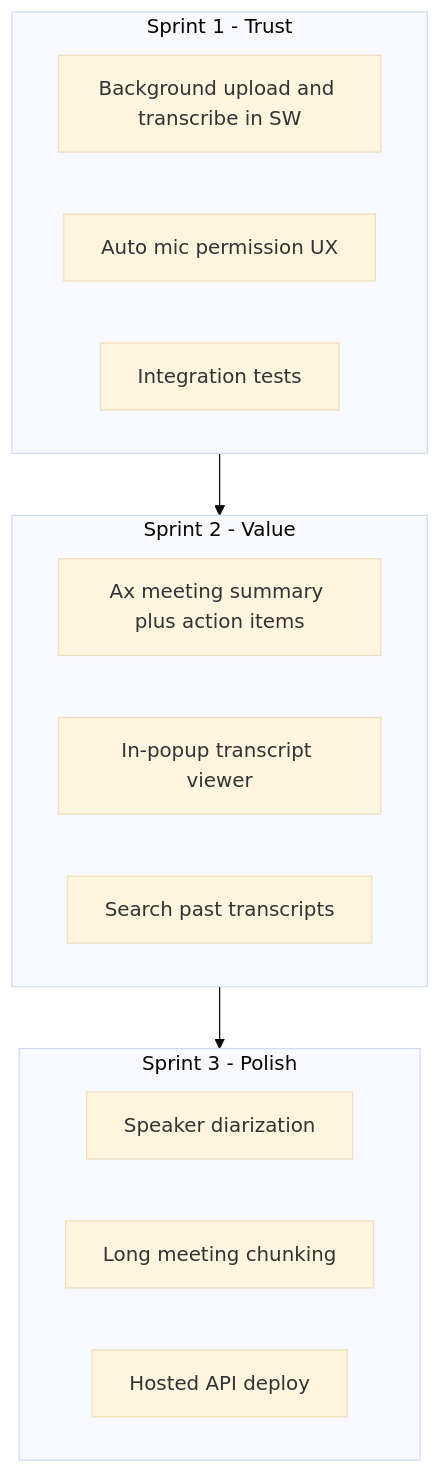
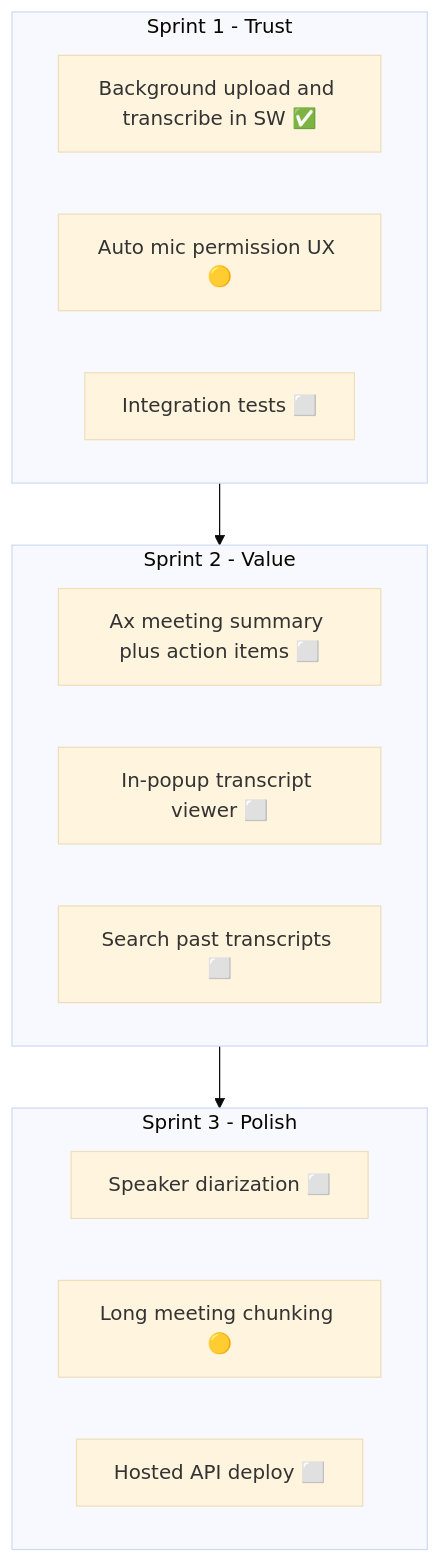
The diagram in ROADMAP.md (cogniumhq/cognium-meet), drawn with Mermaid (base theme) before and after one commit. The commit also changed other lines of this file and 4 other files, not shown here.

````diff
--- a/ROADMAP.md
+++ b/ROADMAP.md
@@ -48,19 +68,19 @@
 ```mermaid
 flowchart TD
   subgraph sprint1 [Sprint 1 - Trust]
-    A[Background upload and transcribe in SW]
-    B[Auto mic permission UX]
-    C[Integration tests]
+    A["Background upload and transcribe in SW ✅"]
+    B["Auto mic permission UX 🟡"]
+    C["Integration tests ⬜"]
   end
   subgraph sprint2 [Sprint 2 - Value]
-    D[Ax meeting summary plus action items]
-    E[In-popup transcript viewer]
-    F[Search past transcripts]
+    D["Ax meeting summary plus action items ⬜"]
+    E["In-popup transcript viewer ⬜"]
+    F["Search past transcripts ⬜"]
   end
   subgraph sprint3 [Sprint 3 - Polish]
-    G[Speaker diarization]
-    H[Long meeting chunking]
-    I[Hosted API deploy]
+    G["Speaker diarization ⬜"]
+    H["Long meeting chunking 🟡"]
+    I["Hosted API deploy ⬜"]
   end
   sprint1 --> sprint2 --> sprint3
 ```
````
